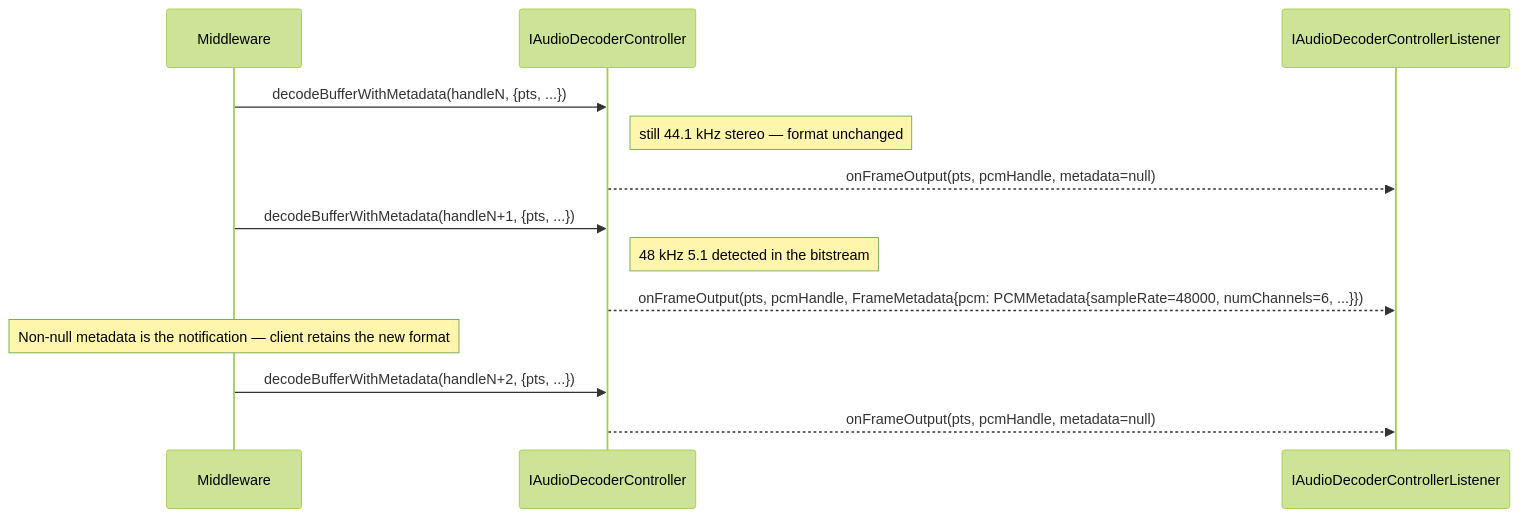
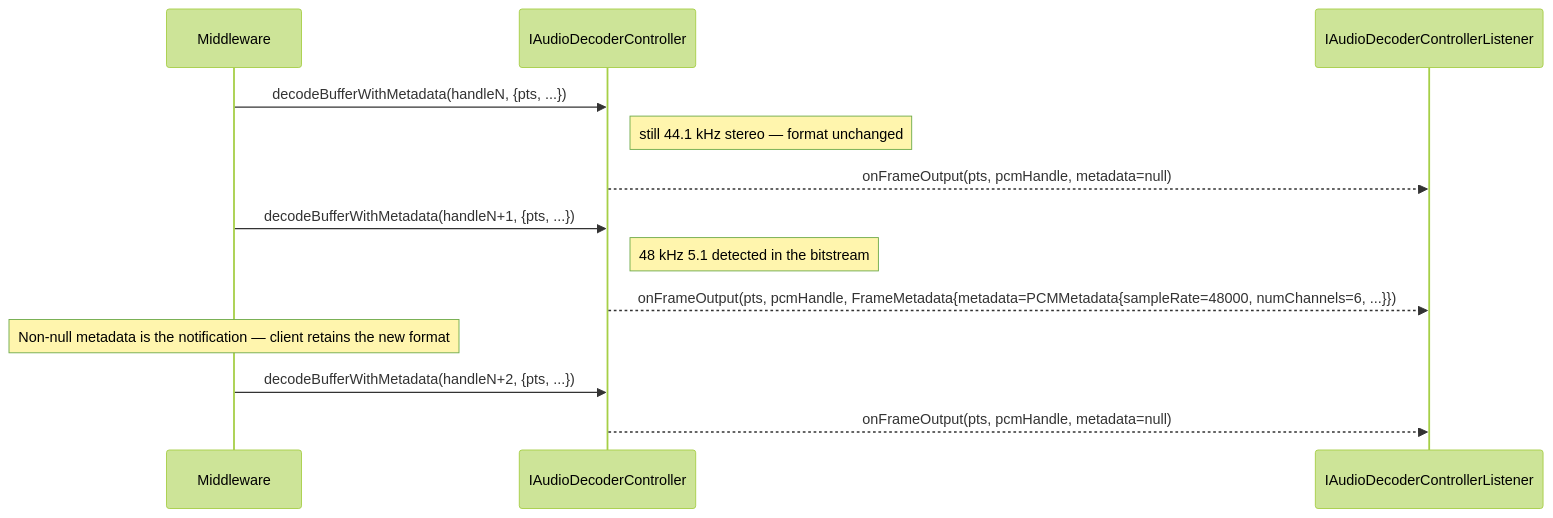
Before and after one commit to rdkcentral/rdk-halif-aidl: the third of 4 diagrams in audiodecoder/current/docs/audio_decoder.md, drawn with Mermaid (forest theme).

Commit message:
docs(audiodecoder): use the real FrameMetadata field name in the diagram
FrameMetadata's PCM field is '@nullable PCMMetadata metadata', not 'pcm'.
The invented name came from an earlier revision of this diagram and was
carried through the rework.

Raised by Copilot review.

````diff
--- a/audiodecoder/current/docs/audio_decoder.md
+++ b/audiodecoder/current/docs/audio_decoder.md
@@ -326,15 +326,15 @@
 ```mermaid
 sequenceDiagram
     participant MW as Middleware
     participant Dec as IAudioDecoderController
     participant Listener as IAudioDecoderControllerListener
     MW->>Dec: decodeBufferWithMetadata(handleN, {pts, ...})
     Note right of Dec: still 44.1 kHz stereo — format unchanged
     Dec-->>Listener: onFrameOutput(pts, pcmHandle, metadata=null)
     MW->>Dec: decodeBufferWithMetadata(handleN+1, {pts, ...})
     Note right of Dec: 48 kHz 5.1 detected in the bitstream
-    Dec-->>Listener: onFrameOutput(pts, pcmHandle, FrameMetadata{pcm: PCMMetadata{sampleRate=48000, numChannels=6, ...}})
+    Dec-->>Listener: onFrameOutput(pts, pcmHandle, FrameMetadata{metadata=PCMMetadata{sampleRate=48000, numChannels=6, ...}})
     Note over MW: Non-null metadata is the notification — client retains the new format
     MW->>Dec: decodeBufferWithMetadata(handleN+2, {pts, ...})
     Dec-->>Listener: onFrameOutput(pts, pcmHandle, metadata=null)
 ```
````
